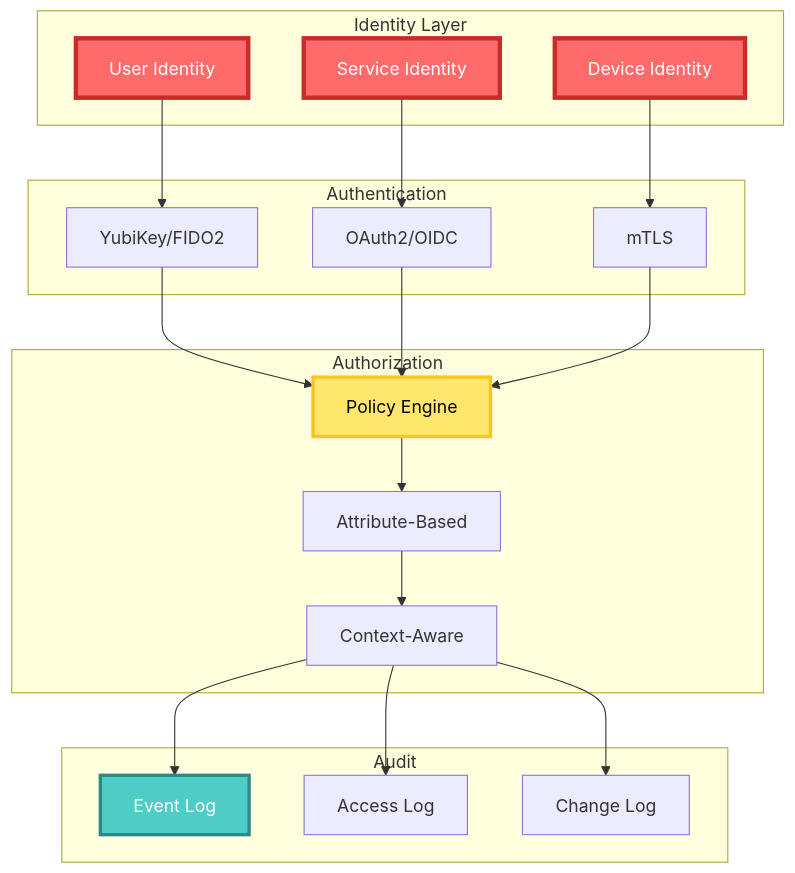
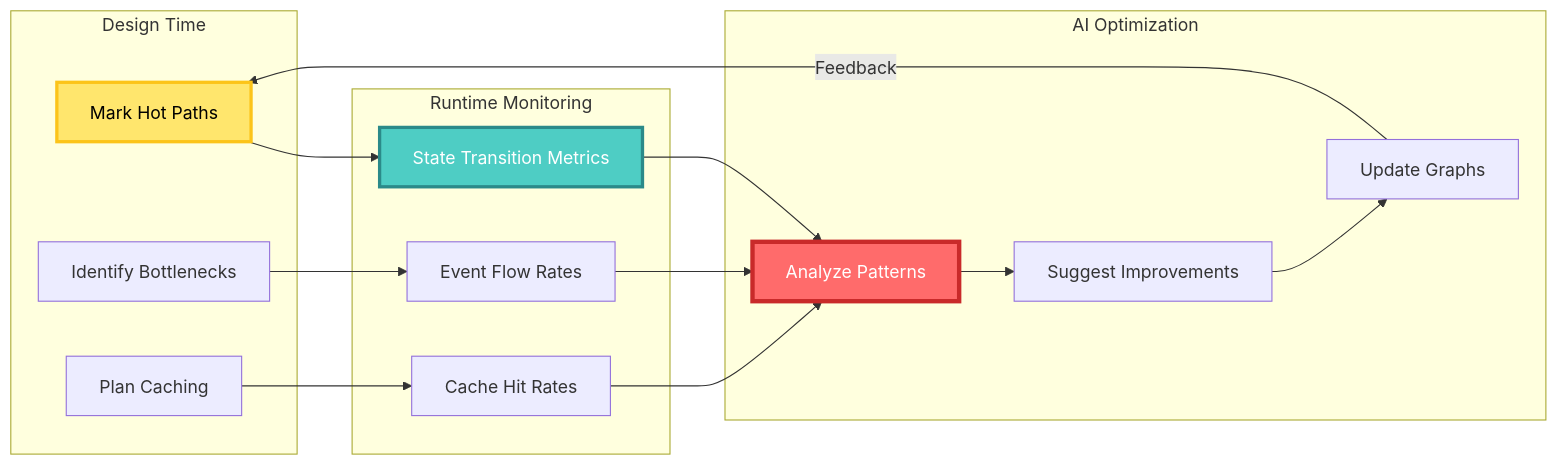
The seventh of 9 diagrams in doc/architecture-deep-dive.md (TheCowboyAI/cim), drawn with Mermaid before and after one commit. The commit also changed other lines of this file and 1 other file, not shown here.

First line of the commit message:
Complete documentation revision for visual-first architecture

````diff
--- a/doc/architecture-deep-dive.md
+++ b/doc/architecture-deep-dive.md
@@ -518,48 +740,37 @@
 ```mermaid
-graph TB
-    subgraph "Identity Layer"
-        I1[User Identity]
-        I2[Device Identity]
-        I3[Service Identity]
+graph LR
+    subgraph "Design Time"
+        D1[Mark Hot Paths]
+        D2[Identify Bottlenecks]
+        D3[Plan Caching]
     end
     
-    subgraph "Authentication"
-        A1[YubiKey/FIDO2]
-        A2[OAuth2/OIDC]
-        A3[mTLS]
+    subgraph "Runtime Monitoring"
+        R1[State Transition Metrics]
+        R2[Event Flow Rates]
+        R3[Cache Hit Rates]
     end
     
-    subgraph "Authorization"
-        Z1[Policy Engine]
-        Z2[Attribute-Based]
-        Z3[Context-Aware]
+    subgraph "AI Optimization"
+        A1[Analyze Patterns]
+        A2[Suggest Improvements]
+        A3[Update Graphs]
     end
     
-    subgraph "Audit"
-        AU1[Event Log]
-        AU2[Access Log]
-        AU3[Change Log]
-    end
+    D1 --> R1
+    D2 --> R2
+    D3 --> R3
     
-    I1 --> A1
-    I2 --> A3
-    I3 --> A2
+    R1 --> A1
+    R2 --> A1
+    R3 --> A1
     
-    A1 --> Z1
-    A2 --> Z1
-    A3 --> Z1
-    
-    Z1 --> Z2
-    Z2 --> Z3
-    
-    Z3 --> AU1
-    Z3 --> AU2
-    Z3 --> AU3
+    A1 --> A2
+    A2 --> A3
+    A3 -->|Feedback| D1
     
     %% Styling
-    style I1 fill:#FF6B6B,stroke:#C92A2A,stroke-width:4px,color:#FFF
-    style I2 fill:#FF6B6B,stroke:#C92A2A,stroke-width:4px,color:#FFF
-    style I3 fill:#FF6B6B,stroke:#C92A2A,stroke-width:4px,color:#FFF
-    style Z1 fill:#FFE66D,stroke:#FCC419,stroke-width:3px,color:#000
-    style AU1 fill:#4ECDC4,stroke:#2B8A89,stroke-width:3px,color:#FFF
+    style D1 fill:#FFE66D,stroke:#FCC419,stroke-width:3px,color:#000
+    style R1 fill:#4ECDC4,stroke:#2B8A89,stroke-width:3px,color:#FFF
+    style A1 fill:#FF6B6B,stroke:#C92A2A,stroke-width:4px,color:#FFF
 ```
````
